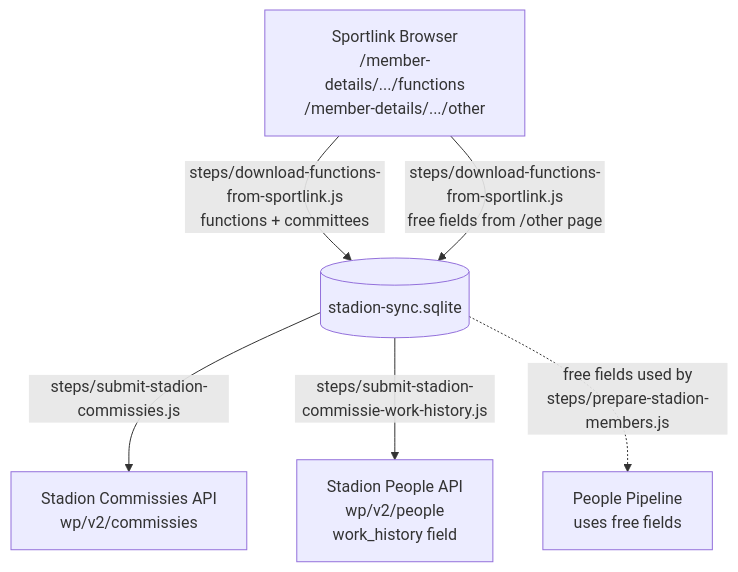
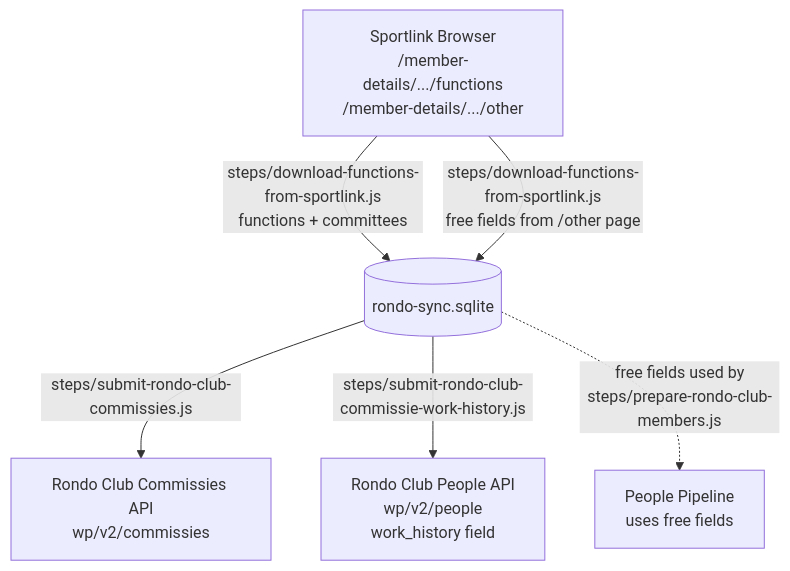
Before and after one commit to jdevalk/sportlink-sync: the fifth of 8 diagrams in docs/sync-architecture.md, drawn with Mermaid. The commit also changed other lines of this file and 14 other files, not shown here.

First line of the commit message:
docs(04-02): update high-visibility docs from Sportlink Sync to Rondo Sync

````diff
--- a/docs/sync-architecture.md
+++ b/docs/sync-architecture.md
@@ -351,14 +351,14 @@
 ```mermaid
 graph TD
     SL[Sportlink Browser<br>/member-details/.../functions<br>/member-details/.../other]
-    DB[(stadion-sync.sqlite)]
-    ST_C[Stadion Commissies API<br>wp/v2/commissies]
-    ST_P[Stadion People API<br>wp/v2/people<br>work_history field]
+    DB[(rondo-sync.sqlite)]
+    ST_C[Rondo Club Commissies API<br>wp/v2/commissies]
+    ST_P[Rondo Club People API<br>wp/v2/people<br>work_history field]
     PP[People Pipeline<br>uses free fields]
 
     SL -->|steps/download-functions-from-sportlink.js<br>functions + committees| DB
     SL -->|steps/download-functions-from-sportlink.js<br>free fields from /other page| DB
-    DB -->|steps/submit-stadion-commissies.js| ST_C
-    DB -->|steps/submit-stadion-commissie-work-history.js| ST_P
-    DB -.->|free fields used by<br>steps/prepare-stadion-members.js| PP
+    DB -->|steps/submit-rondo-club-commissies.js| ST_C
+    DB -->|steps/submit-rondo-club-commissie-work-history.js| ST_P
+    DB -.->|free fields used by<br>steps/prepare-rondo-club-members.js| PP
 ```
````
